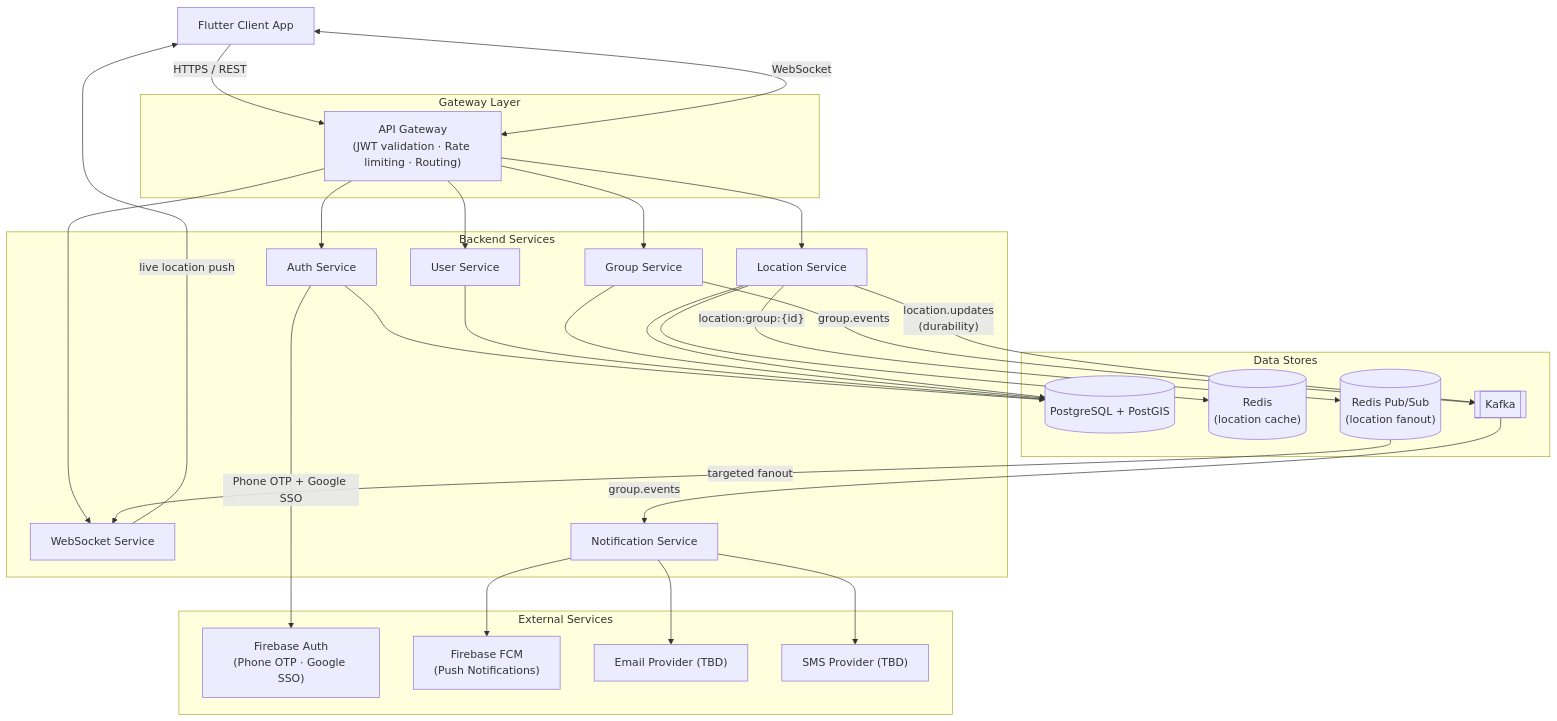
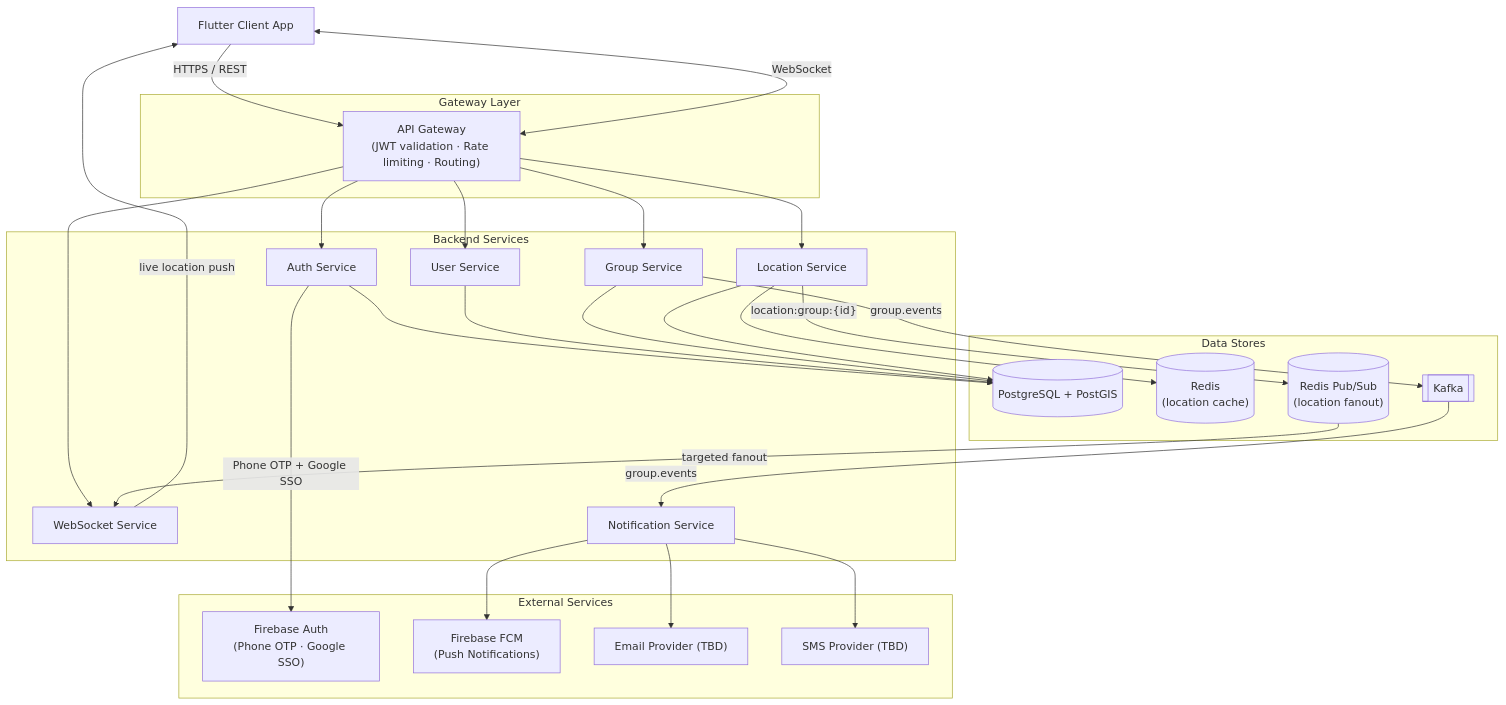
The diagram in .claude/high_level_architecture.md (swapnilgt/track-my-buds), drawn with Mermaid before and after one commit. The commit also changed other lines of this file, not shown here.

Commit message:
Updating high level architecture

````diff
--- a/.claude/high_level_architecture.md
+++ b/.claude/high_level_architecture.md
@@ -10,61 +10,60 @@
 ```mermaid
 graph TD
     App["Flutter Client App"]
 
     subgraph Gateway Layer
         GW["API Gateway\n(JWT validation · Rate limiting · Routing)"]
     end
 
     subgraph Backend Services
         AuthSvc["Auth Service"]
         UserSvc["User Service"]
         GroupSvc["Group Service"]
         LocationSvc["Location Service"]
         WSSvc["WebSocket Service"]
         NotifSvc["Notification Service"]
     end
 
     subgraph Data Stores
         PG[("PostgreSQL + PostGIS")]
         RedisCache[("Redis\n(location cache)")]
         RedisPubSub[("Redis Pub/Sub\n(location fanout)")]
         Kafka[["Kafka"]]
     end
 
     subgraph External Services
         FirebaseAuth["Firebase Auth\n(Phone OTP · Google SSO)"]
         FCM["Firebase FCM\n(Push Notifications)"]
         EmailProv["Email Provider (TBD)"]
         SMSProv["SMS Provider (TBD)"]
     end
 
     App -->|"HTTPS / REST"| GW
     App <-->|"WebSocket"| GW
 
     GW --> AuthSvc
     GW --> UserSvc
     GW --> GroupSvc
     GW --> LocationSvc
     GW --> WSSvc
 
     AuthSvc -->|"Phone OTP + Google SSO"| FirebaseAuth
 
     AuthSvc --> PG
     UserSvc --> PG
     GroupSvc --> PG
     LocationSvc --> PG
     LocationSvc --> RedisCache
     LocationSvc -->|"location:group:{id}"| RedisPubSub
 
     GroupSvc -->|"group.events"| Kafka
-    LocationSvc -->|"location.updates\n(durability)"| Kafka
 
     Kafka -->|"group.events"| NotifSvc
     RedisPubSub -->|"targeted fanout"| WSSvc
 
     WSSvc -->|"live location push"| App
 
     NotifSvc --> FCM
     NotifSvc --> EmailProv
     NotifSvc --> SMSProv
 ```
````
